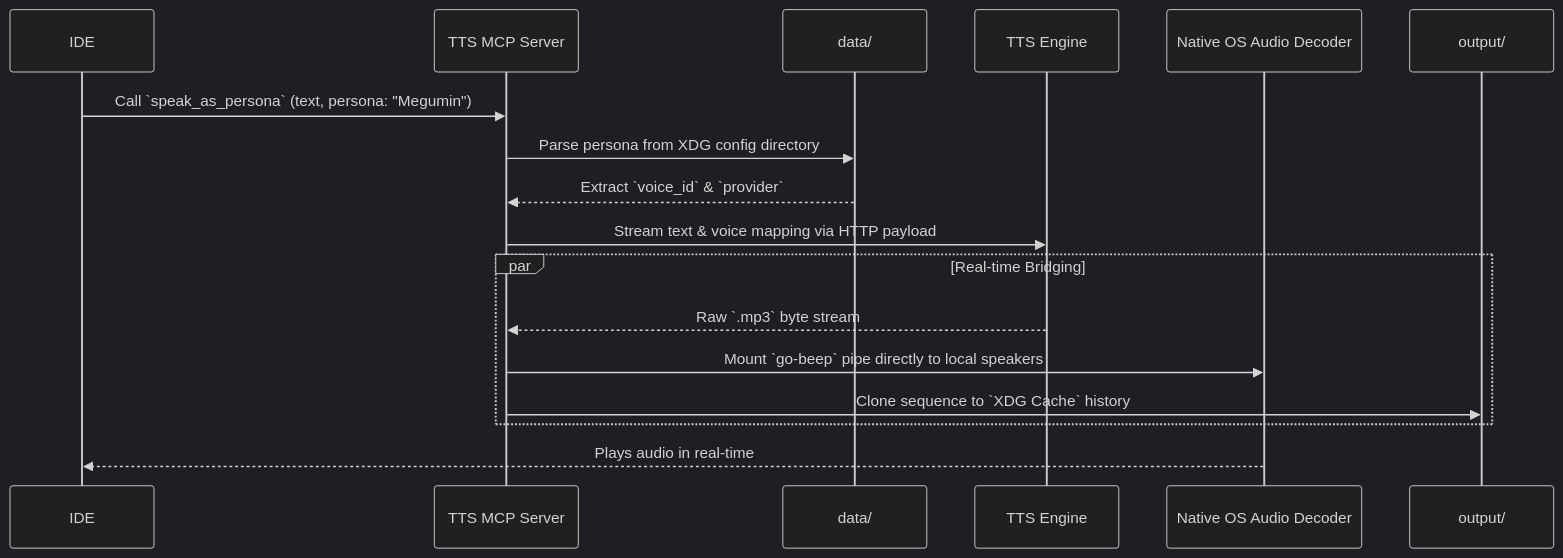
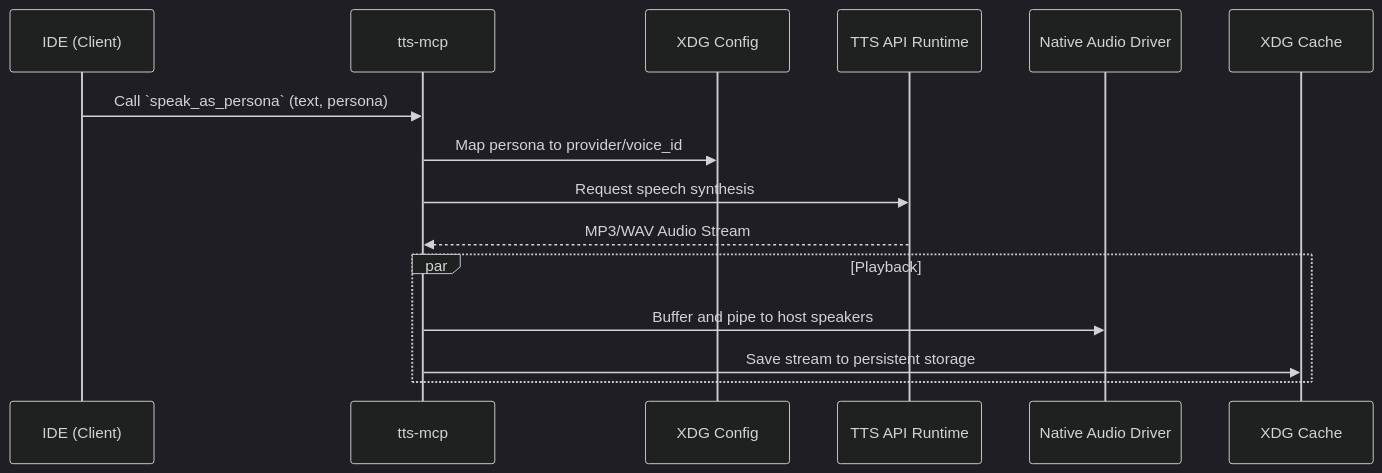
One commit to leo9iota/tts-mcp changed the diagram in README.md. Above: the diagram before and after it, drawn with Mermaid. The commit also changed other lines of this file, not shown here.

````diff
--- a/README.md
+++ b/README.md
@@ -87,23 +72,20 @@
 ```mermaid
 %%{init: {'theme': 'dark'}}%%
 sequenceDiagram
-    participant User as IDE
-    participant MCP as TTS MCP Server
-    participant Persona as data/
-    participant Provider as TTS Engine
-    participant Speaker as Native OS Audio Decoder
-    participant Output as output/
+    participant Client as IDE (Client)
+    participant MCP as tts-mcp
+    participant Config as XDG Config
+    participant Provider as TTS API Runtime
+    participant Audio as Native Audio Driver
+    participant Cache as XDG Cache
 
-    User->>MCP: Call `speak_as_persona` (text, persona: "Megumin")
-    MCP->>Persona: Parse persona from XDG config directory
-    Persona-->>MCP: Extract `voice_id` & `provider`
-    MCP->>Provider: Stream text & voice mapping via HTTP payload
+    Client->>MCP: Call `speak_as_persona` (text, persona)
+    MCP->>Config: Map persona to provider/voice_id
+    MCP->>Provider: Request speech synthesis
+    Provider-->>MCP: MP3/WAV Audio Stream
 
-    par Real-time Bridging
-        Provider-->>MCP: Raw `.mp3` byte stream
-        MCP->>Speaker: Mount `go-beep` pipe directly to local speakers
-        MCP->>Output: Clone sequence to `XDG Cache` history
+    par Playback
+        MCP->>Audio: Buffer and pipe to host speakers
+        MCP->>Cache: Save stream to persistent storage
     end
-
-    Speaker-->>User: Plays audio in real-time
 ```
````
